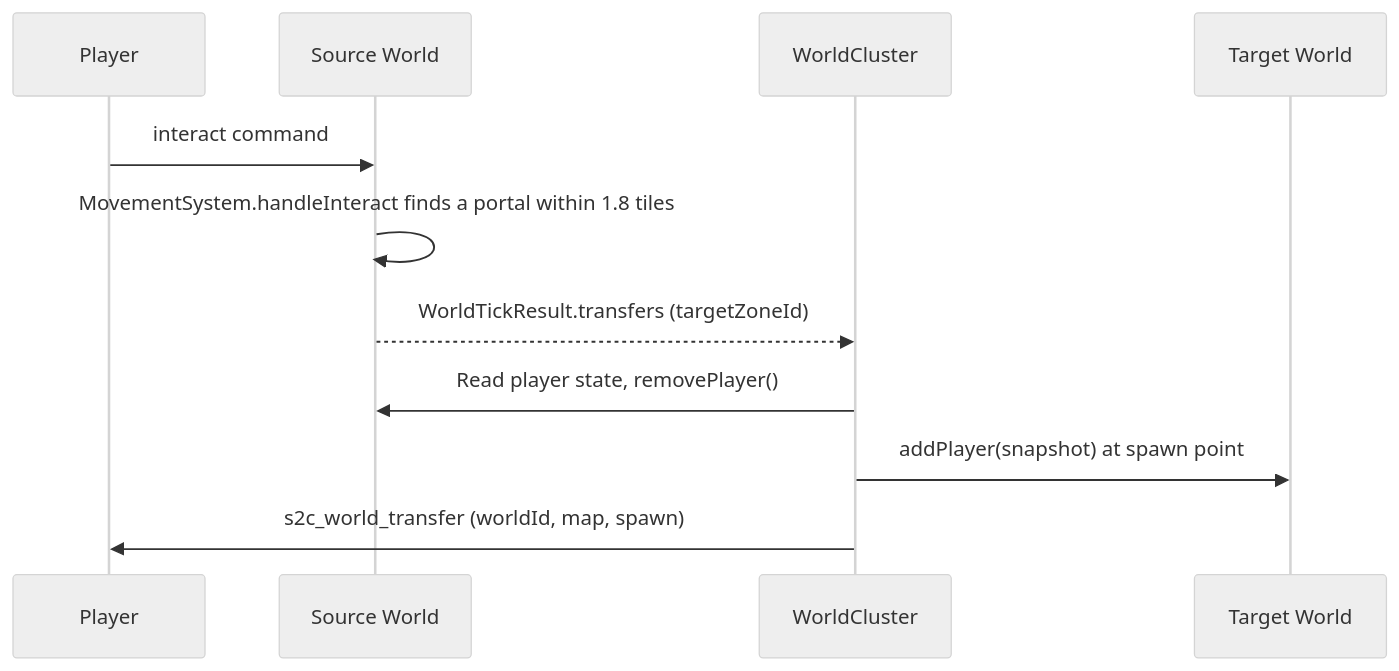
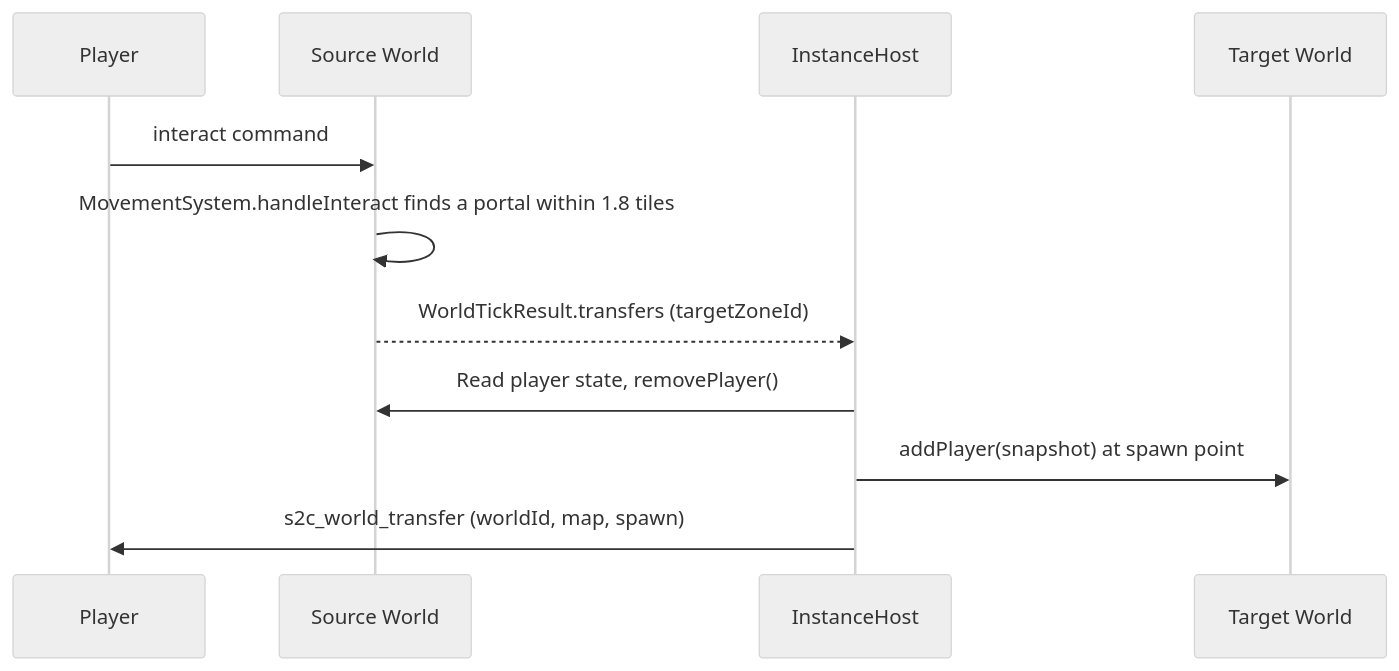
One commit to bigabig/mmoexile changed the third of 4 diagrams in docs/ARCHITECTURE.md. Above: the diagram before and after it, drawn with Mermaid (neutral theme). The commit also changed other lines of this file and 22 other files, not shown here.

First line of the commit message:
S1.2: Give instances real identities and rename WorldCluster to InstanceHost

````diff
--- a/docs/ARCHITECTURE.md
+++ b/docs/ARCHITECTURE.md
@@ -158,14 +159,14 @@
 ```mermaid
 sequenceDiagram
     participant Player
     participant Source as Source World
-    participant Cluster as WorldCluster
+    participant Cluster as InstanceHost
     participant Target as Target World
 
     Player->>Source: interact command
     Source->>Source: MovementSystem.handleInteract finds a portal within 1.8 tiles
     Source-->>Cluster: WorldTickResult.transfers (targetZoneId)
     Cluster->>Source: Read player state, removePlayer()
     Cluster->>Target: addPlayer(snapshot) at spawn point
     Cluster->>Player: s2c_world_transfer (worldId, map, spawn)
 ```
````
